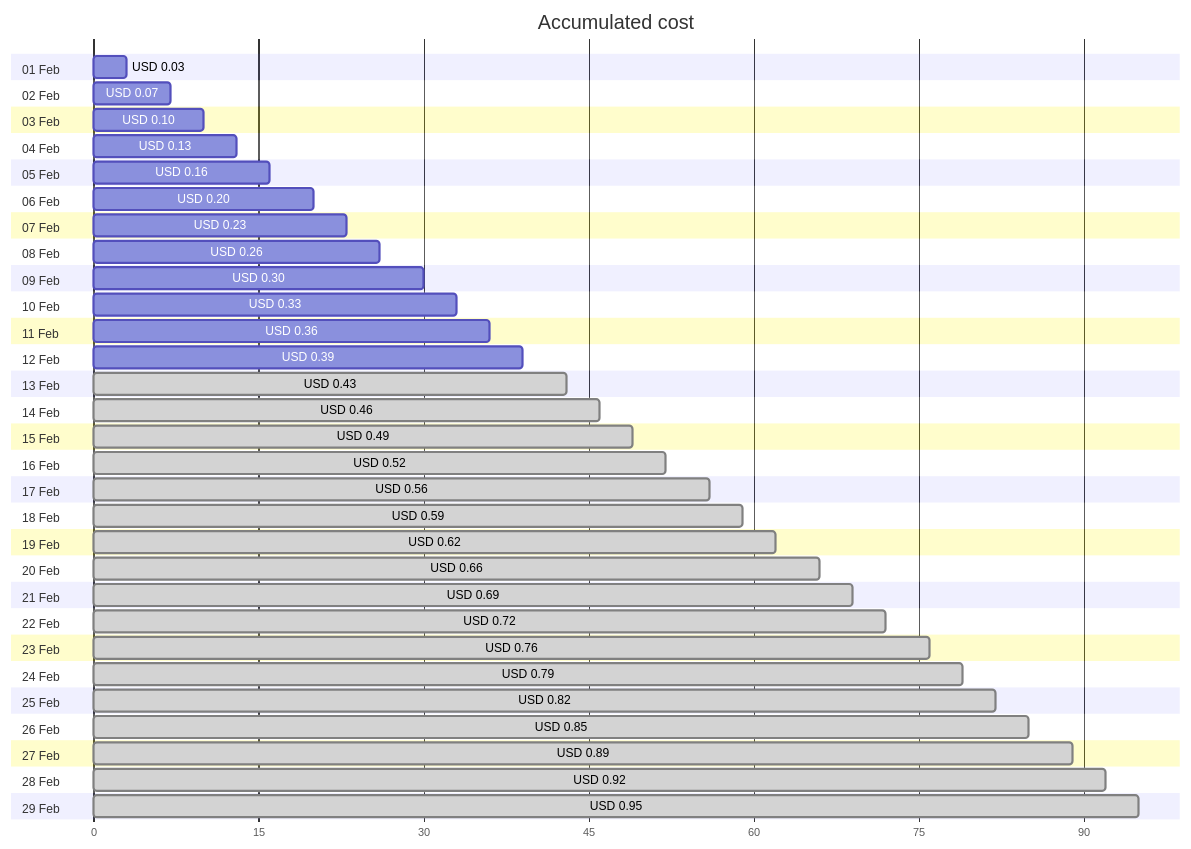
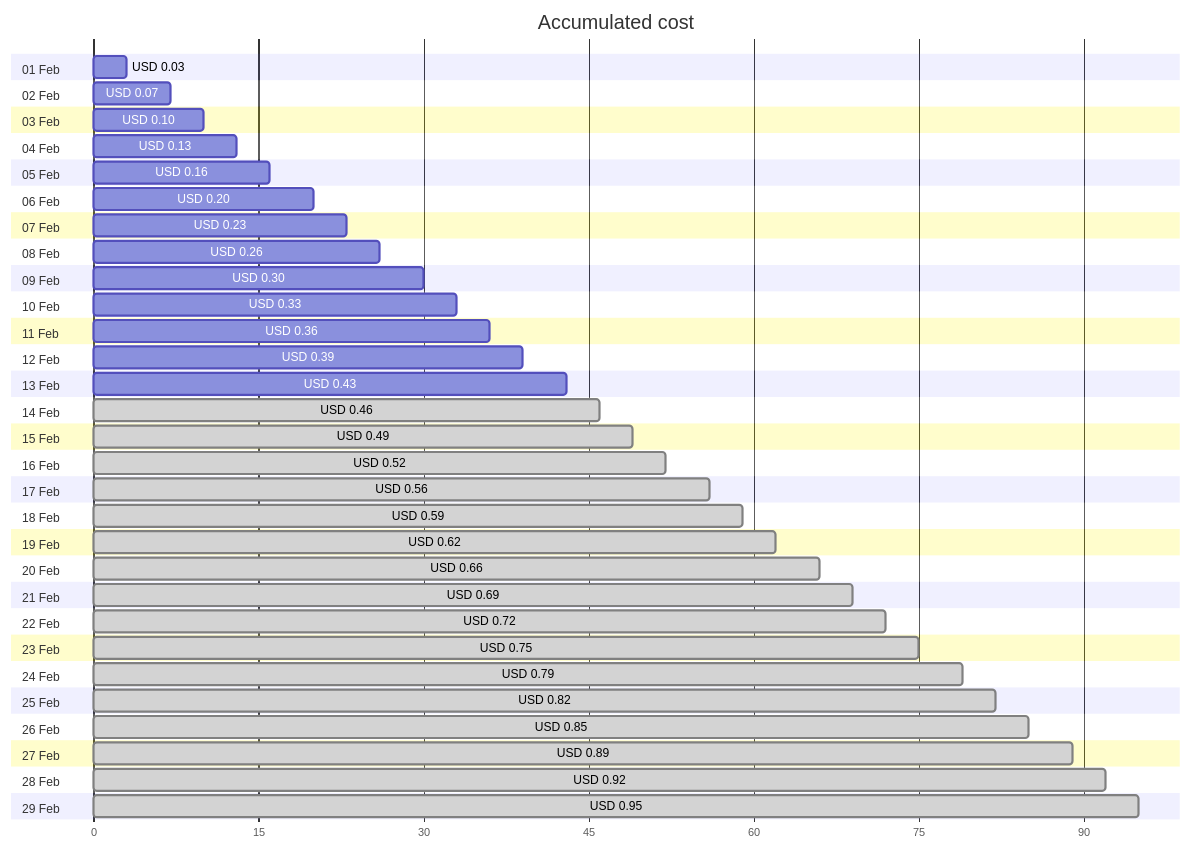
Before and after one commit to jpfulton/azure-personal-reports: the first of 4 diagrams in cost-reports/personal-dns/README.md, drawn with Mermaid. The commit also changed other lines of this file and 2 other files, not shown here.

````diff
--- a/cost-reports/personal-dns/README.md
+++ b/cost-reports/personal-dns/README.md
@@ -20,64 +20,64 @@
 ```mermaid
 gantt
    title Accumulated cost
    dateFormat  X
    axisFormat %s
    section 01 Feb
    USD 0.03 :0, 3
    section 02 Feb
    USD 0.07 :0, 7
    section 03 Feb
    USD 0.10 :0, 10
    section 04 Feb
    USD 0.13 :0, 13
    section 05 Feb
    USD 0.16 :0, 16
    section 06 Feb
    USD 0.20 :0, 20
    section 07 Feb
    USD 0.23 :0, 23
    section 08 Feb
    USD 0.26 :0, 26
    section 09 Feb
    USD 0.30 :0, 30
    section 10 Feb
    USD 0.33 :0, 33
    section 11 Feb
    USD 0.36 :0, 36
    section 12 Feb
    USD 0.39 :0, 39
    section 13 Feb
-   USD 0.43 : done, 0, 43
+   USD 0.43 :0, 43
    section 14 Feb
    USD 0.46 : done, 0, 46
    section 15 Feb
    USD 0.49 : done, 0, 49
    section 16 Feb
    USD 0.52 : done, 0, 52
    section 17 Feb
    USD 0.56 : done, 0, 56
    section 18 Feb
    USD 0.59 : done, 0, 59
    section 19 Feb
    USD 0.62 : done, 0, 62
    section 20 Feb
    USD 0.66 : done, 0, 66
    section 21 Feb
    USD 0.69 : done, 0, 69
    section 22 Feb
    USD 0.72 : done, 0, 72
    section 23 Feb
-   USD 0.76 : done, 0, 76
+   USD 0.75 : done, 0, 75
    section 24 Feb
    USD 0.79 : done, 0, 79
    section 25 Feb
    USD 0.82 : done, 0, 82
    section 26 Feb
    USD 0.85 : done, 0, 85
    section 27 Feb
    USD 0.89 : done, 0, 89
    section 28 Feb
    USD 0.92 : done, 0, 92
    section 29 Feb
    USD 0.95 : done, 0, 95
 ```
````
